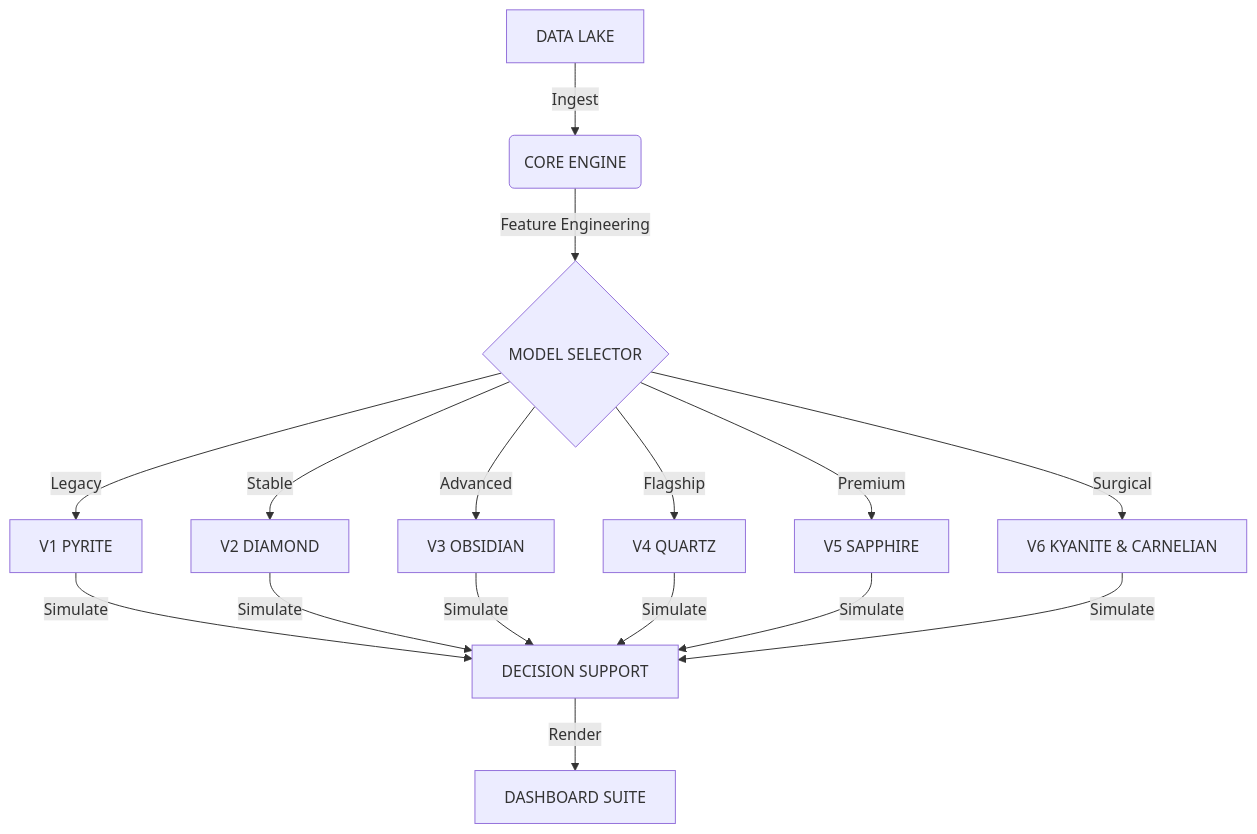
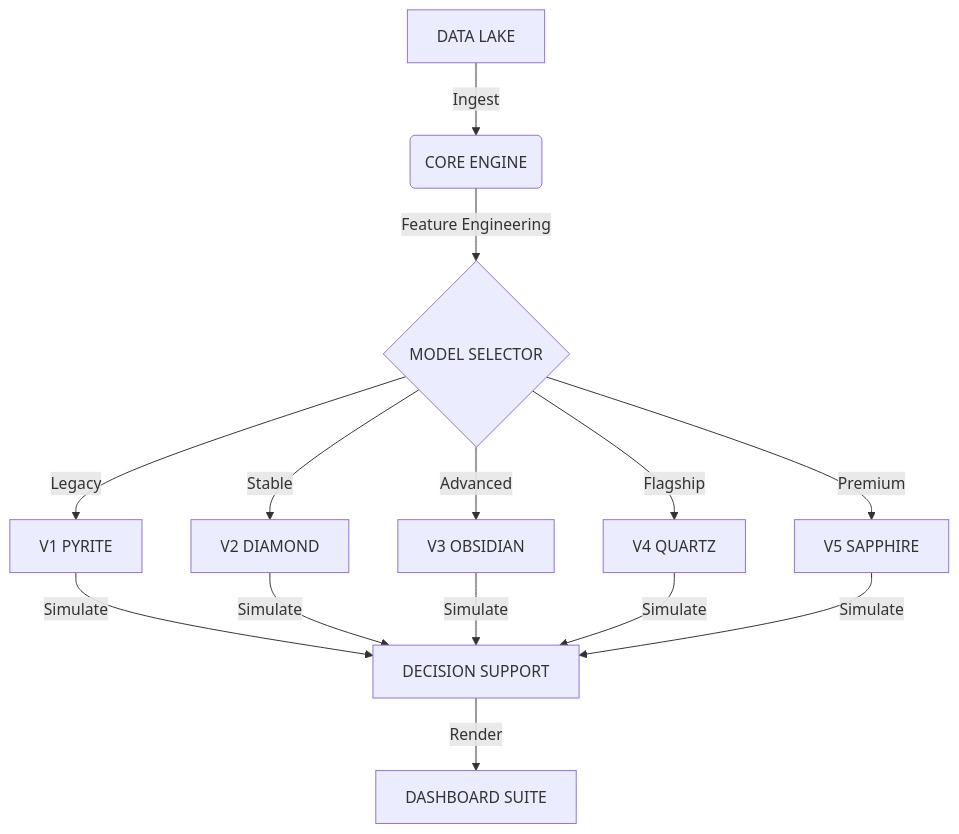
One commit to DSargent21/Quarry-Intelligence changed the diagram in README.md. Above: the diagram before and after it, drawn with Mermaid. The commit also changed other lines of this file and 147 other files, not shown here.

````diff
--- a/README.md
+++ b/README.md
@@ -81,13 +55,12 @@
 ```mermaid
 graph TD
     A[DATA LAKE] -->|Ingest| B(CORE ENGINE)
     B -->|Feature Engineering| C{MODEL SELECTOR}
     C -->|Legacy| D[V1 PYRITE]
     C -->|Stable| E[V2 DIAMOND]
     C -->|Advanced| F[V3 OBSIDIAN]
     C -->|Flagship| G[V4 QUARTZ]
     C -->|Premium| J[V5 SAPPHIRE]
-    C -->|Surgical| K[V6 KYANITE & CARNELIAN]
-    D & E & F & G & J & K -->|Simulate| H[DECISION SUPPORT]
+    D & E & F & G & J -->|Simulate| H[DECISION SUPPORT]
     H -->|Render| I[DASHBOARD SUITE]
 ```
````
